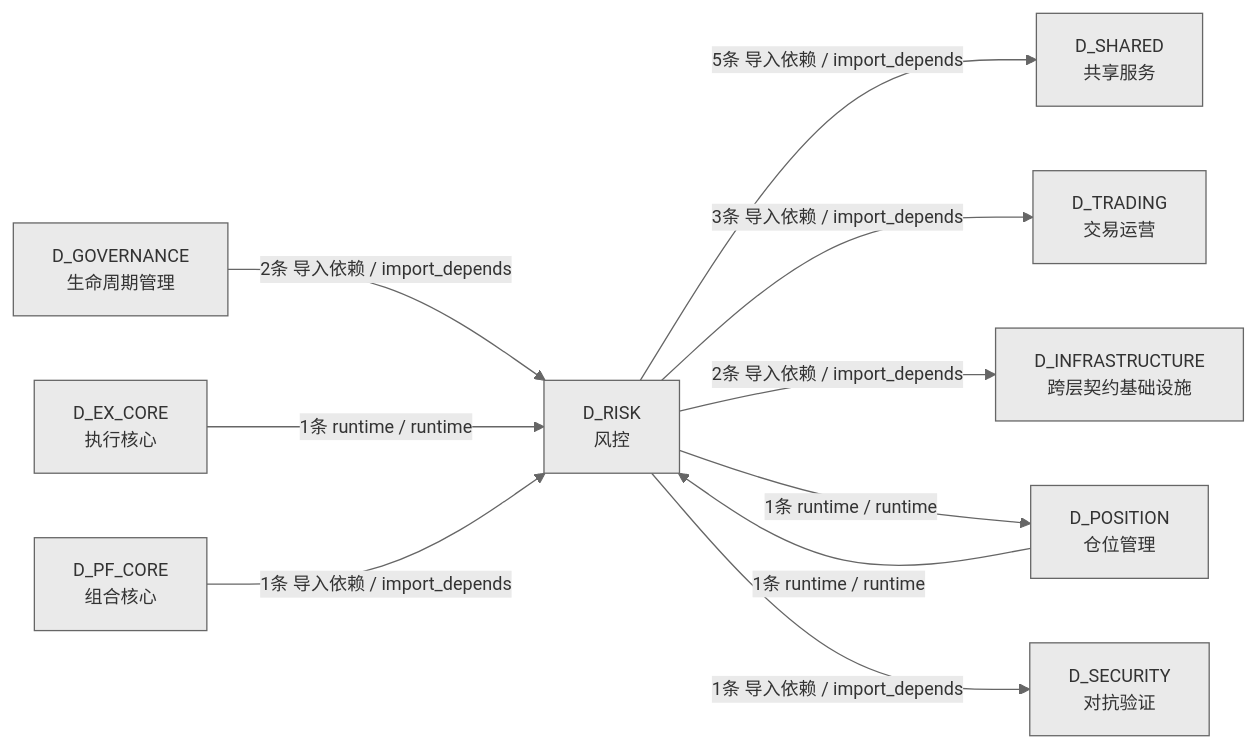
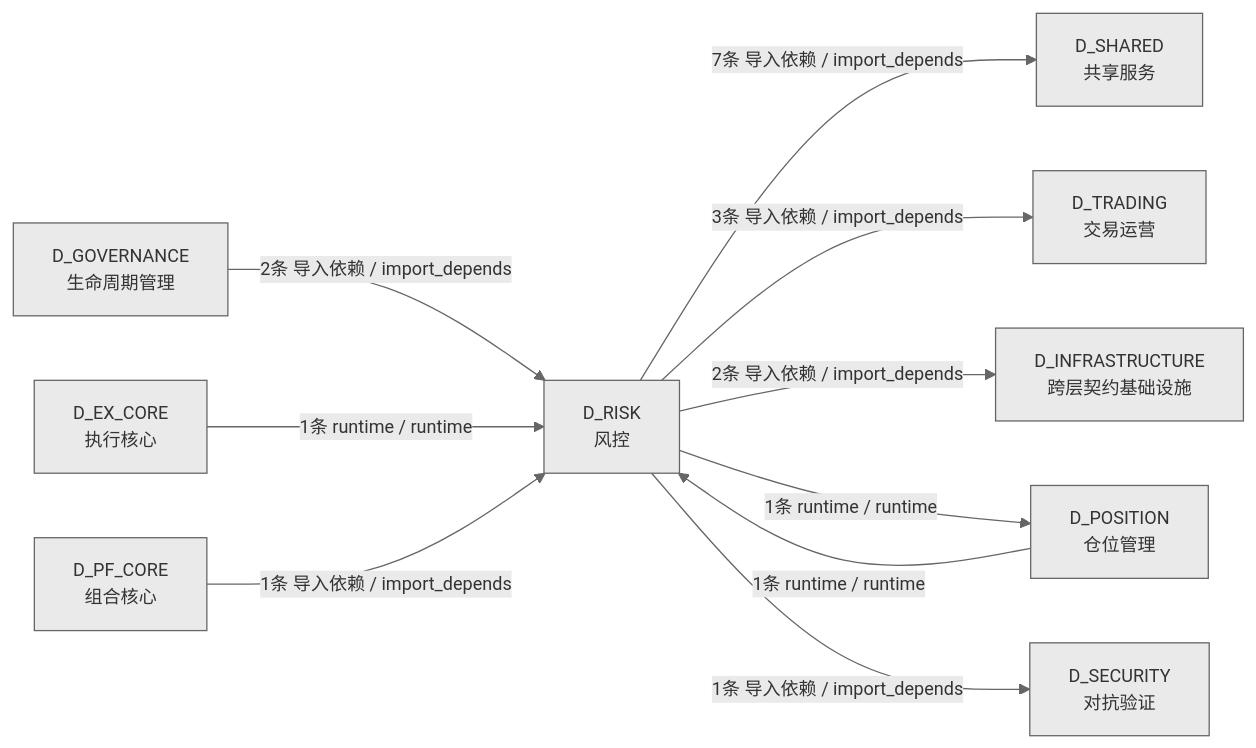
Before and after one commit to xuanFelixVan/ZephyrAlpha: the fourth of 4 diagrams in docs/02_enterprise_architecture/02_domain_architecture_docs/65_d_risk.md, drawn with Mermaid. The commit also changed other lines of this file and 44 other files, not shown here.

````diff
--- a/docs/02_enterprise_architecture/02_domain_architecture_docs/65_d_risk.md
+++ b/docs/02_enterprise_architecture/02_domain_architecture_docs/65_d_risk.md
@@ -273,22 +277,22 @@
 ```mermaid
 %%{init: {'theme': 'base', 'themeVariables': {'primaryColor': '#eaeaea', 'primaryTextColor': '#333333', 'primaryBorderColor': '#666666', 'lineColor': '#666666', 'secondaryColor': '#eaeaea', 'tertiaryColor': '#eaeaea', 'fontSize': '14px'}}}%%
 graph LR
     D_RISK["D_RISK<br/>风控"]
     D_SHARED["D_SHARED<br/>共享服务"]
     D_TRADING["D_TRADING<br/>交易运营"]
     D_INFRASTRUCTURE["D_INFRASTRUCTURE<br/>跨层契约基础设施"]
     D_POSITION["D_POSITION<br/>仓位管理"]
     D_SECURITY["D_SECURITY<br/>对抗验证"]
     D_GOVERNANCE["D_GOVERNANCE<br/>生命周期管理"]
     D_EX_CORE["D_EX_CORE<br/>执行核心"]
     D_PF_CORE["D_PF_CORE<br/>组合核心"]
-    D_RISK -->|5条 导入依赖 / import_depends| D_SHARED
+    D_RISK -->|7条 导入依赖 / import_depends| D_SHARED
     D_RISK -->|3条 导入依赖 / import_depends| D_TRADING
     D_RISK -->|2条 导入依赖 / import_depends| D_INFRASTRUCTURE
     D_RISK -->|1条 runtime / runtime| D_POSITION
     D_RISK -->|1条 导入依赖 / import_depends| D_SECURITY
     D_GOVERNANCE -->|2条 导入依赖 / import_depends| D_RISK
     D_EX_CORE -->|1条 runtime / runtime| D_RISK
     D_PF_CORE -->|1条 导入依赖 / import_depends| D_RISK
     D_POSITION -->|1条 runtime / runtime| D_RISK
 ```
````
